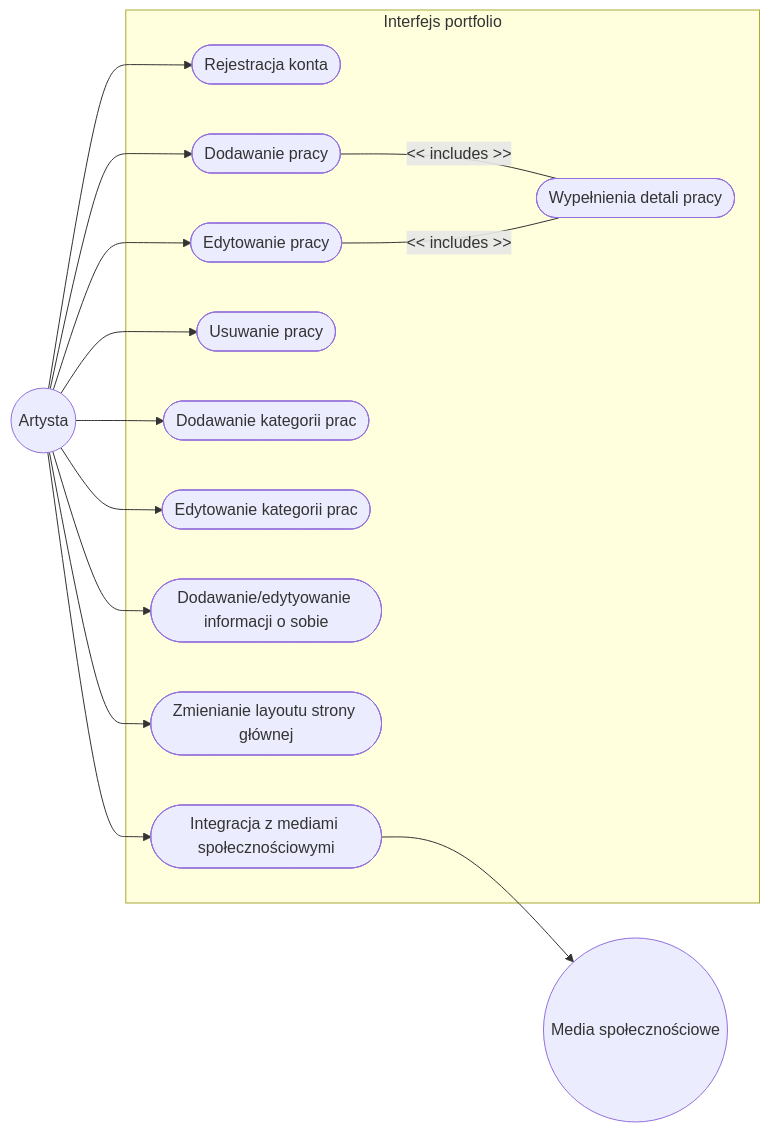
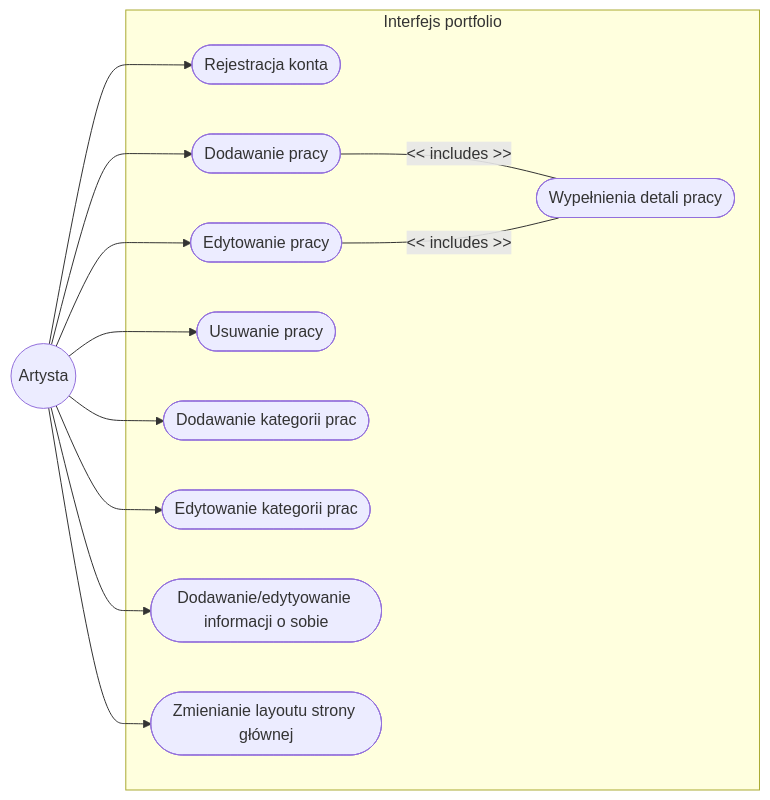
One commit to artsea-project/notes changed the second of 2 diagrams in general/md/przypadki_uzycia.md. Above: the diagram before and after it, drawn with Mermaid. The commit also changed other lines of this file, not shown here.

Commit message:
Add scenarios for artistsuse cases and changed flowchart

````diff
--- a/general/md/przypadki_uzycia.md
+++ b/general/md/przypadki_uzycia.md
@@ -24,31 +24,27 @@
 ```mermaid
 flowchart LR
     Artysta((Artysta))
-    MediaSpolecznosciowe(("Media społecznościowe"))
 
     subgraph ArtSea [Interfejs portfolio]
         PU4([Rejestracja konta])
         PU5([Dodawanie pracy])
         PU6([Edytowanie pracy])
         PU7([Wypełnienia detali pracy])
         PU8([Usuwanie pracy])
         PU9([Dodawanie kategorii prac])
         PU10([Edytowanie kategorii prac])
         PU11([Dodawanie/edytyowanie informacji o sobie])
         PU12([Zmienianie layoutu strony głównej])
-        PU13([Integracja z mediami społecznościowymi])
     end
 
     Artysta --> PU4
     Artysta --> PU5
     Artysta --> PU6
     Artysta --> PU8
     Artysta --> PU9
     Artysta --> PU10
     Artysta --> PU11
     Artysta --> PU12
-    Artysta --> PU13
     PU5 --- | << includes >> | PU7
     PU6 --- | << includes >> | PU7
-    PU13 --> MediaSpolecznosciowe
 ```
````
